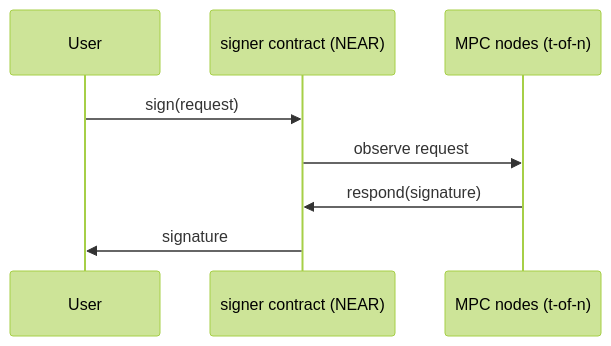
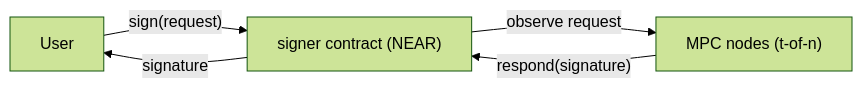
One commit to near/mpc changed the diagram in README.md. Above: the diagram before and after it, drawn with Mermaid (forest theme).

Commit message:
chore: better chart

````diff
--- a/README.md
+++ b/README.md
@@ -5,11 +5,7 @@
 ```mermaid
-sequenceDiagram
-    participant User
-    participant Contract as signer contract (NEAR)
-    participant Nodes as MPC nodes (t-of-n)
-
-    User->>Contract: sign(request)
-    Contract->>Nodes: observe request
-    Nodes->>Contract: respond(signature)
-    Contract->>User: signature
+flowchart LR
+    User -- "sign(request)" --> Contract["signer contract (NEAR)"]
+    Contract -- "observe request" --> Nodes["MPC nodes (t-of-n)"]
+    Nodes -- "respond(signature)" --> Contract
+    Contract -- "signature" --> User
 ```
````
